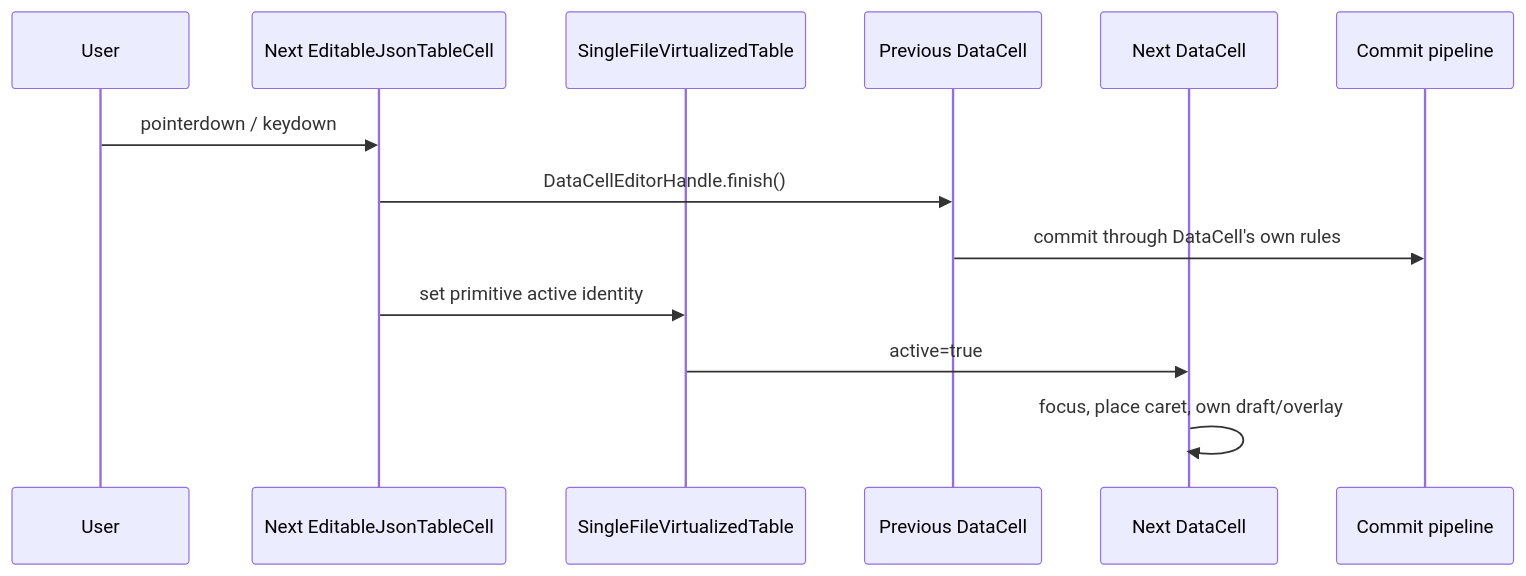
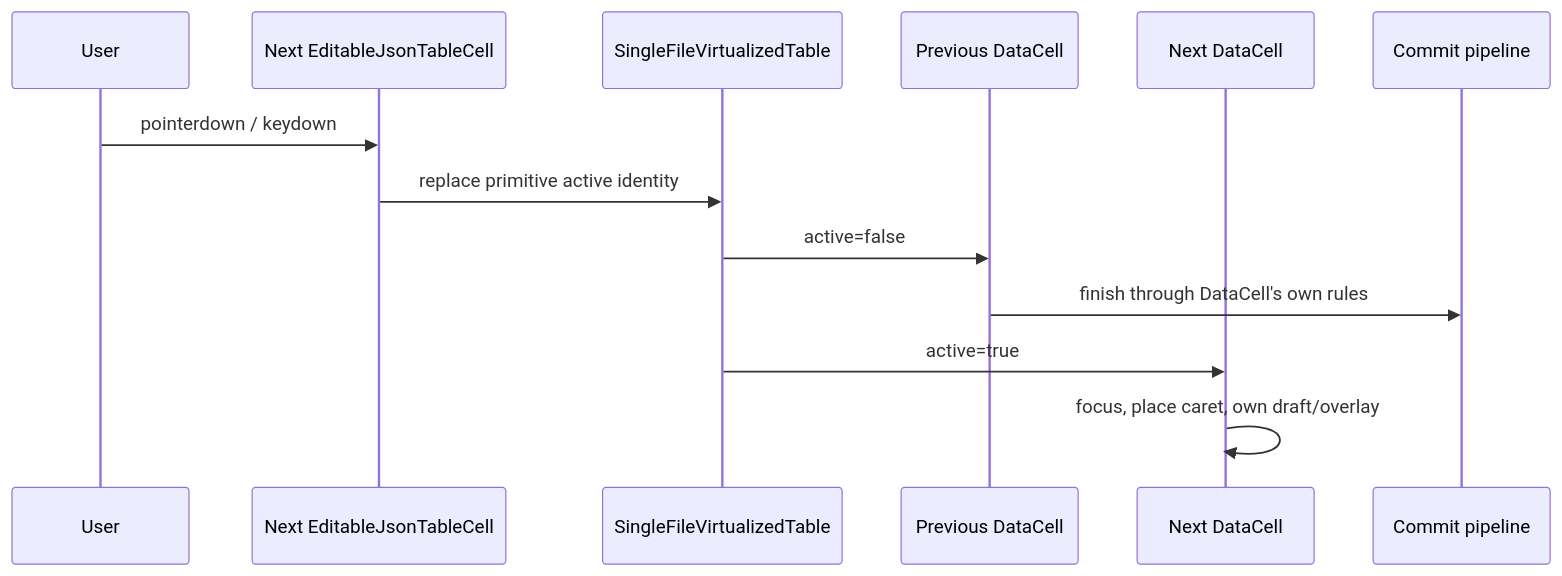
The second of 4 diagrams in components/json-table/ARCHITECTURE_DIAGRAM.md (retab-dev/retab-ui), drawn with Mermaid before and after one commit. The commit also changed other lines of this file and 277 other files, not shown here.

````diff
--- a/components/json-table/ARCHITECTURE_DIAGRAM.md
+++ b/components/json-table/ARCHITECTURE_DIAGRAM.md
@@ -85,16 +83,16 @@
 ```mermaid
 sequenceDiagram
   participant U as User
   participant Next as Next EditableJsonTableCell
   participant Table as SingleFileVirtualizedTable
   participant Old as Previous DataCell
   participant New as Next DataCell
   participant Commit as Commit pipeline
 
   U->>Next: pointerdown / keydown
-  Next->>Old: DataCellEditorHandle.finish()
-  Old->>Commit: commit through DataCell's own rules
-  Next->>Table: set primitive active identity
+  Next->>Table: replace primitive active identity
+  Table->>Old: active=false
+  Old->>Commit: finish through DataCell's own rules
   Table->>New: active=true
   New->>New: focus, place caret, own draft/overlay
 ```
````
